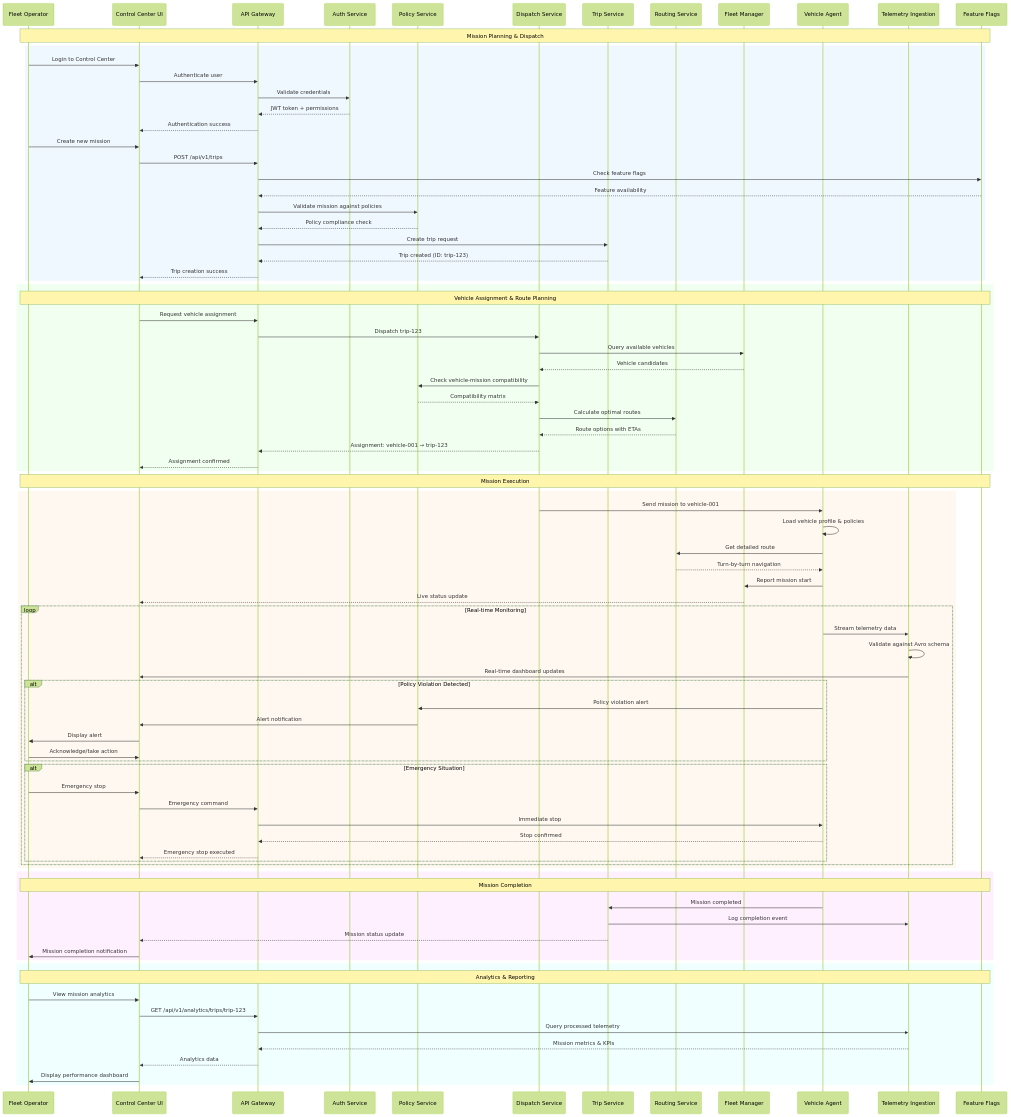
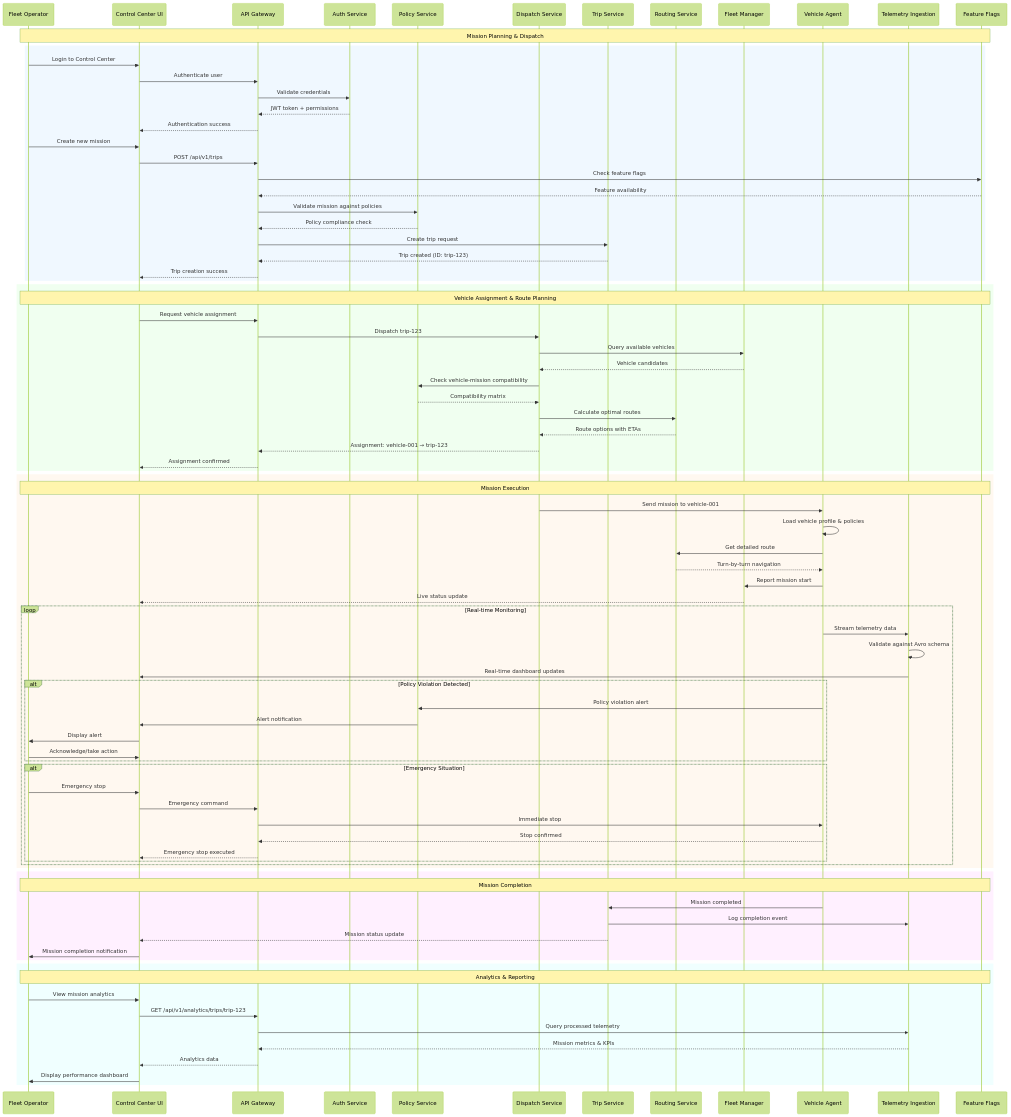
The second of 5 diagrams in README.md (suprachakra/AtlasMesh-Fleet-OS), drawn with Mermaid (forest theme) before and after one commit. The commit also changed other lines of this file, not shown here.

```diff
--- a/README.md
+++ b/README.md
@@ -191,9 +191,9 @@
     DS-->>AG: Assignment: vehicle-001 → trip-123
     AG-->>CC: Assignment confirmed
     end
-    
+
+    rect rgb(255, 248, 240)
     Note over U,FF: Mission Execution
-       rect rgb(255, 248, 240)
     DS->>VA: Send mission to vehicle-001
     VA->>VA: Load vehicle profile & policies
     VA->>RS: Get detailed route
```
